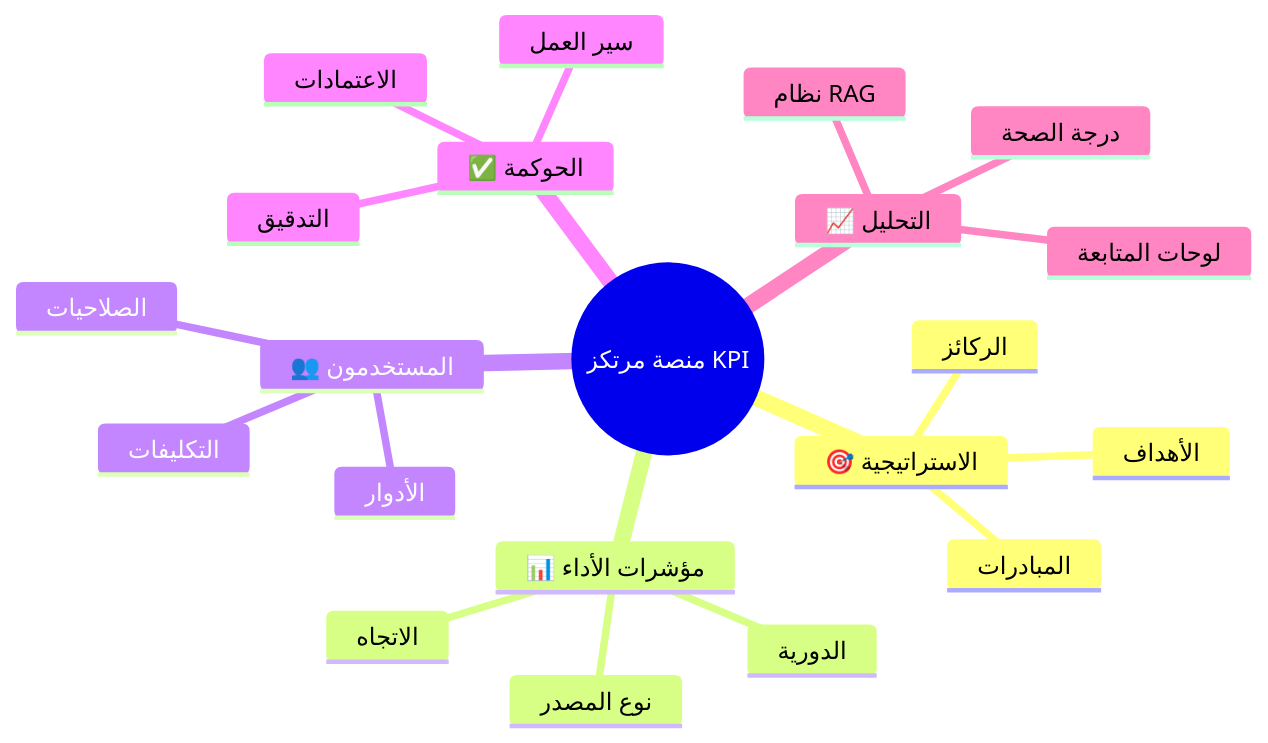
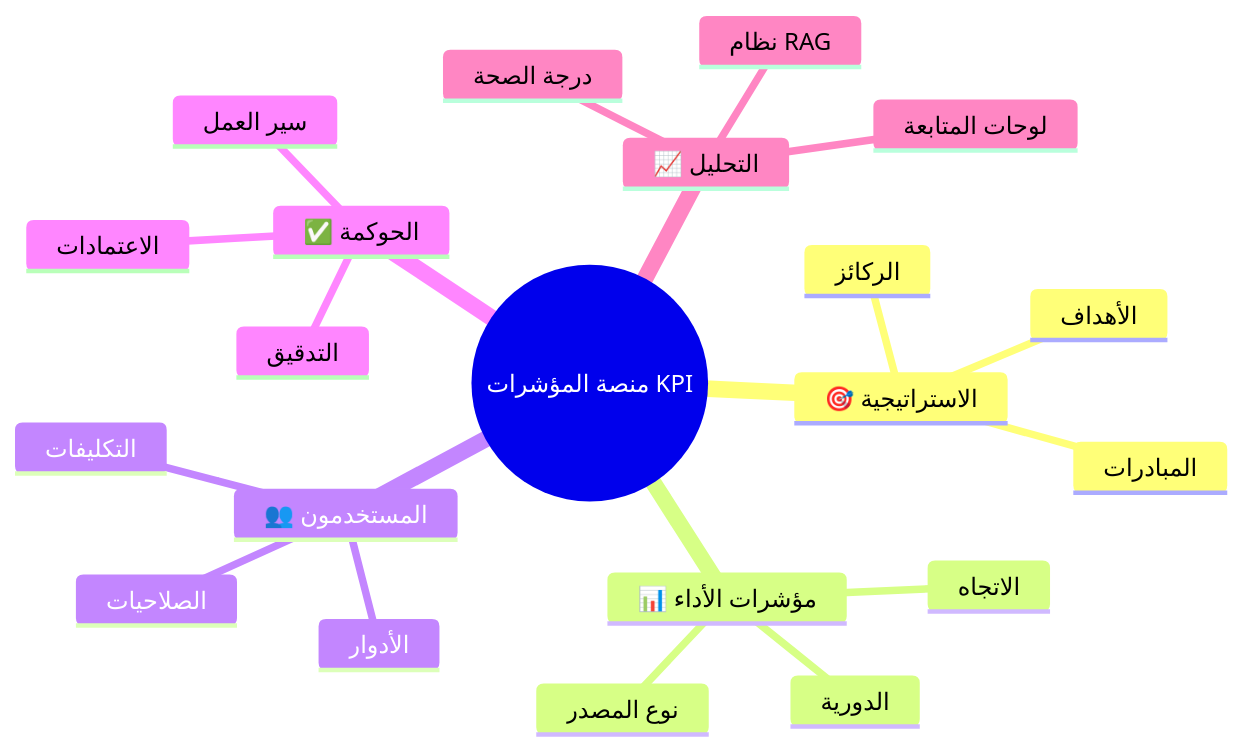
One commit to apps-developers/murtakaz-ai changed the first of 12 diagrams in docs/user-docs/ar/09-glossary.md. Above: the diagram before and after it, drawn with Mermaid. The commit also changed other lines of this file and 36 other files, not shown here.

First line of the commit message:
refactor: rebrand platform from "مرتكز" to "المؤشرات" across all Arabic documentation and site content

````diff
--- a/docs/user-docs/ar/09-glossary.md
+++ b/docs/user-docs/ar/09-glossary.md
@@ -11,24 +11,24 @@
 ```mermaid
 mindmap
-  root((منصة مرتكز KPI))
+  root((منصة  المؤشرات KPI))
     🎯 الاستراتيجية
       الركائز
       الأهداف
       المبادرات
     📊 مؤشرات الأداء
       الاتجاه
       نوع المصدر
       الدورية
     👥 المستخدمون
       الأدوار
       الصلاحيات
       التكليفات
     ✅ الحوكمة
       الاعتمادات
       سير العمل
       التدقيق
     📈 التحليل
       لوحات المتابعة
       درجة الصحة
       نظام RAG
 ```
````
